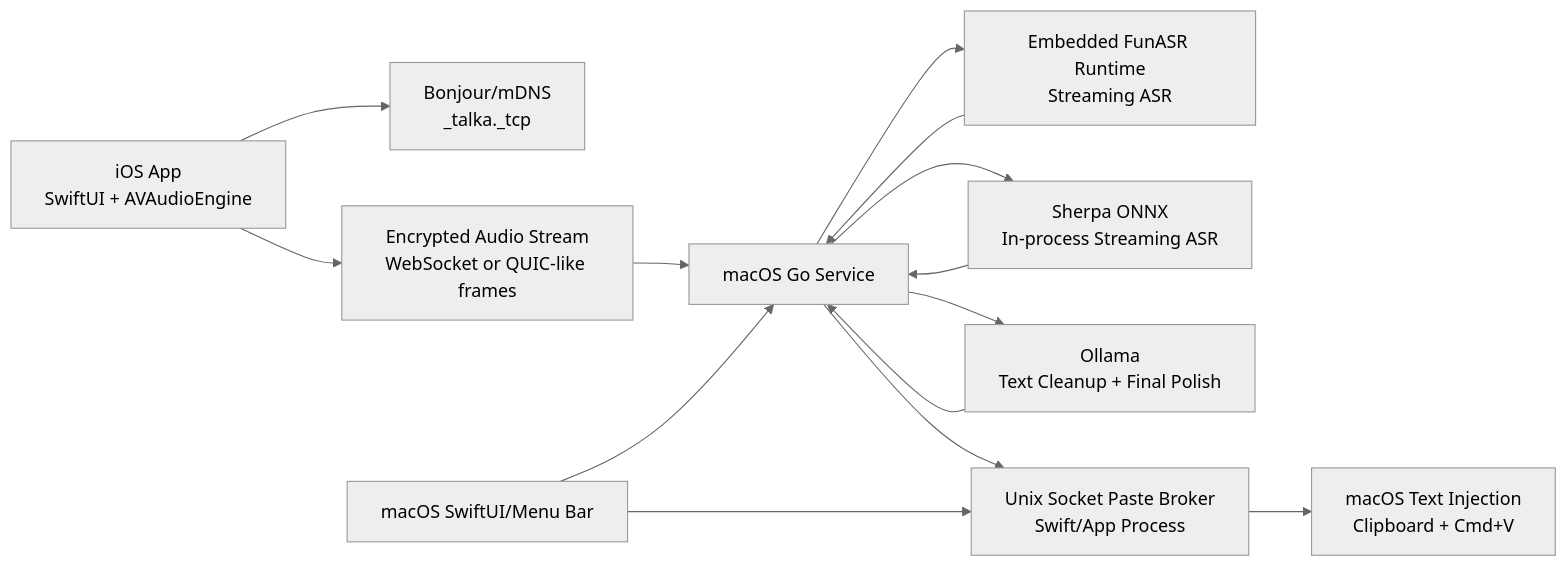
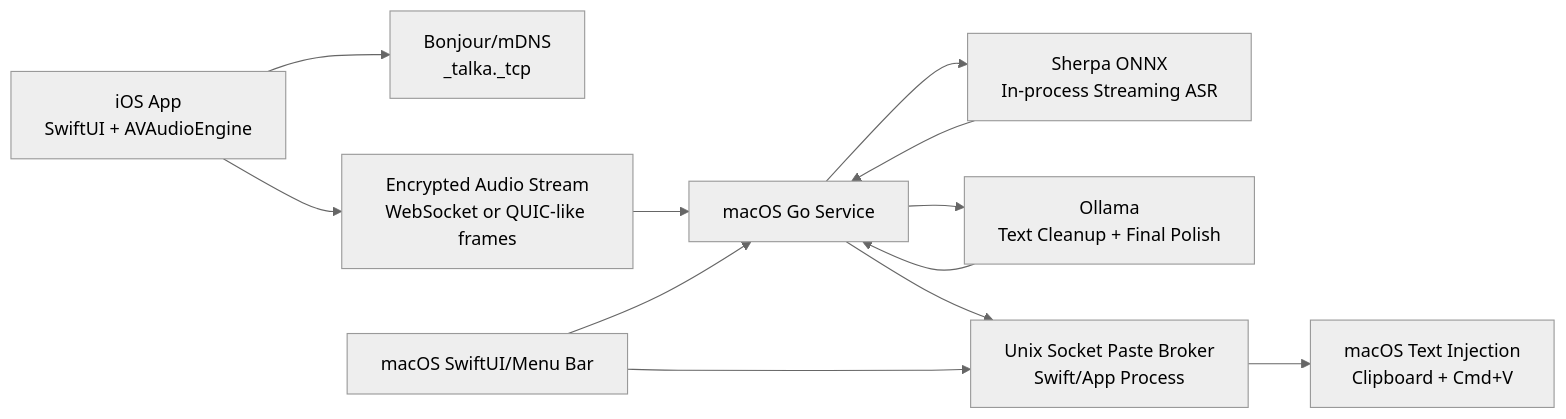
Before and after one commit to darluc/talka: the diagram in docs/technical-architecture.md, drawn with Mermaid (neutral theme). The commit also changed other lines of this file and 46 other files, not shown here.

````diff
--- a/docs/technical-architecture.md
+++ b/docs/technical-architecture.md
@@ -14,16 +13,14 @@
 ```mermaid
 flowchart LR
   IOS["iOS App\nSwiftUI + AVAudioEngine"] --> DISC["Bonjour/mDNS\n_talka._tcp"]
   IOS --> ENC["Encrypted Audio Stream\nWebSocket or QUIC-like frames"]
   ENC --> GO["macOS Go Service"]
-  GO --> ASR["Embedded FunASR Runtime\nStreaming ASR"]
+  GO --> ASR["Sherpa ONNX\nIn-process Streaming ASR"]
   ASR --> GO
-  GO --> ONNX["Sherpa ONNX\nIn-process Streaming ASR"]
-  ONNX --> GO
   GO --> OLLAMA["Ollama\nText Cleanup + Final Polish"]
   OLLAMA --> GO
   GO --> PB["Unix Socket Paste Broker\nSwift/App Process"]
   PB --> INJECT["macOS Text Injection\nClipboard + Cmd+V"]
   UI["macOS SwiftUI/Menu Bar"] --> GO
   UI --> PB
 ```
````
